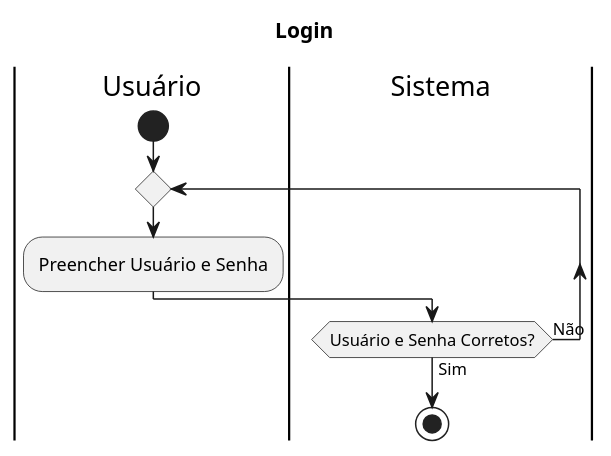
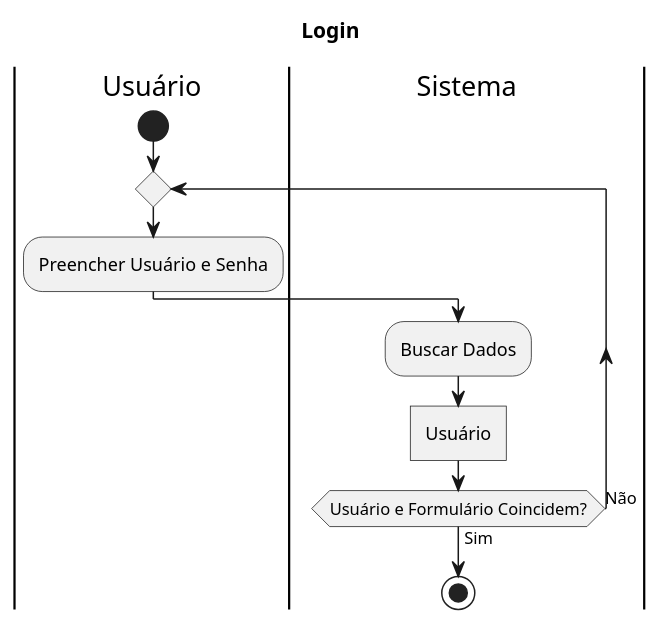
The diagram in atividades/Login.wsd (pedrOfsilveira/diagramas), drawn with PlantUML before and after one commit. The commit also changed 8 other files, not shown here.

```diff
--- a/atividades/Login.wsd
+++ b/atividades/Login.wsd
@@ -1,13 +1,15 @@
 @startuml
 
 title Login
 
 |Usuário|
 start
 repeat
     :Preencher Usuário e Senha;
     |Sistema|
-repeat while(Usuário e Senha Corretos?) is (Não) not (Sim)
+    :Buscar Dados;
+    :Usuário]
+repeat while(Usuário e Formulário Coincidem?) is (Não) not (Sim)
 stop
 
 @enduml
```
